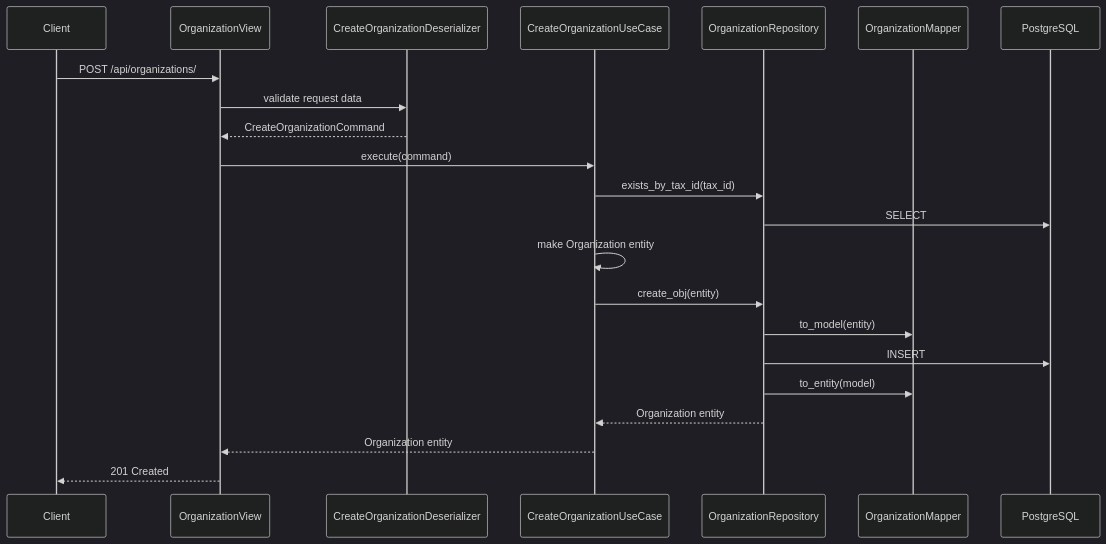
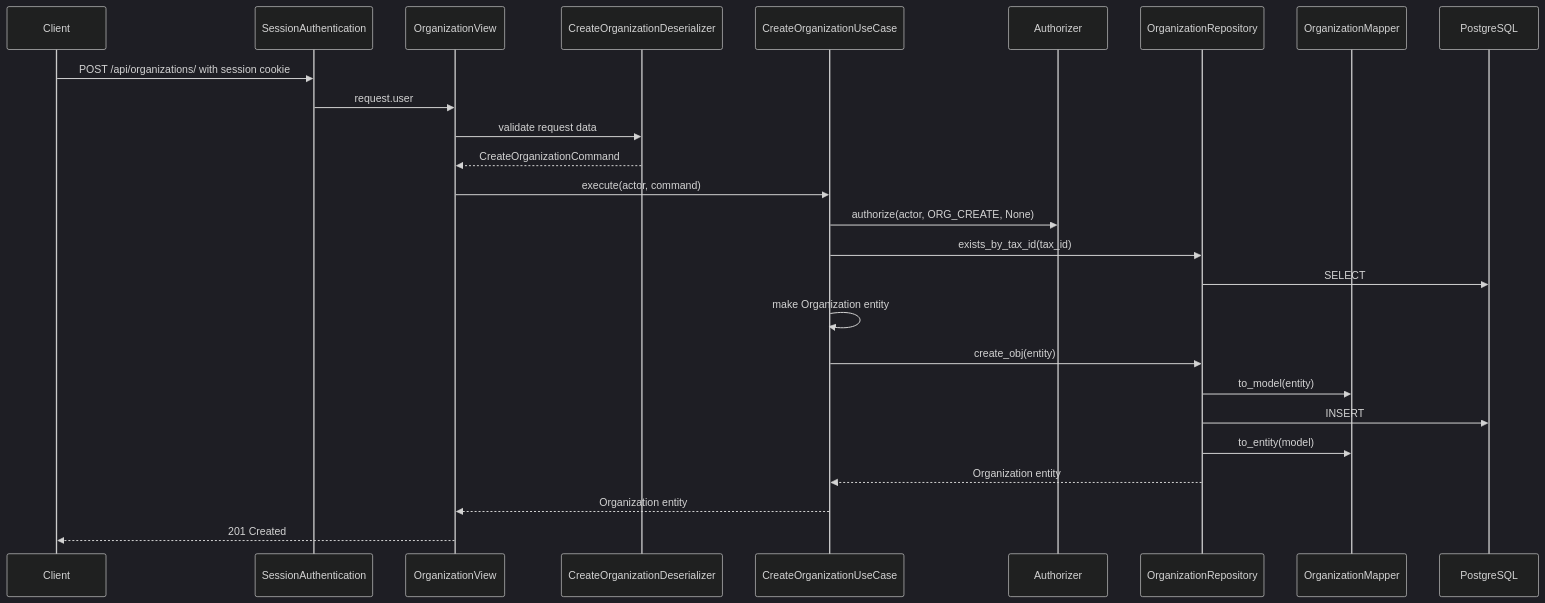
The second of 3 diagrams in docs/architektura-backendu.md (MarekTurkowicz/PROMPT-v2), drawn with Mermaid (dark theme) before and after one commit. The commit also changed other lines of this file and 43 other files, not shown here.

Commit message:
feat/user_access_implementation - Created prototype of user authentication and authorization

````diff
--- a/docs/architektura-backendu.md
+++ b/docs/architektura-backendu.md
@@ -220,24 +239,28 @@
 ```mermaid
 sequenceDiagram
     participant Client
+    participant DRF as SessionAuthentication
     participant View as OrganizationView
     participant Deserializer as CreateOrganizationDeserializer
     participant UseCase as CreateOrganizationUseCase
+    participant Authorizer
     participant Repo as OrganizationRepository
     participant Mapper as OrganizationMapper
     participant DB as PostgreSQL
-    Client->>View: POST /api/organizations/
+    Client->>DRF: POST /api/organizations/ with session cookie
+    DRF->>View: request.user
     View->>Deserializer: validate request data
     Deserializer-->>View: CreateOrganizationCommand
-    View->>UseCase: execute(command)
+    View->>UseCase: execute(actor, command)
+    UseCase->>Authorizer: authorize(actor, ORG_CREATE, None)
     UseCase->>Repo: exists_by_tax_id(tax_id)
     Repo->>DB: SELECT
     UseCase->>UseCase: make Organization entity
     UseCase->>Repo: create_obj(entity)
     Repo->>Mapper: to_model(entity)
     Repo->>DB: INSERT
     Repo->>Mapper: to_entity(model)
     Repo-->>UseCase: Organization entity
     UseCase-->>View: Organization entity
     View-->>Client: 201 Created
 ```
````
